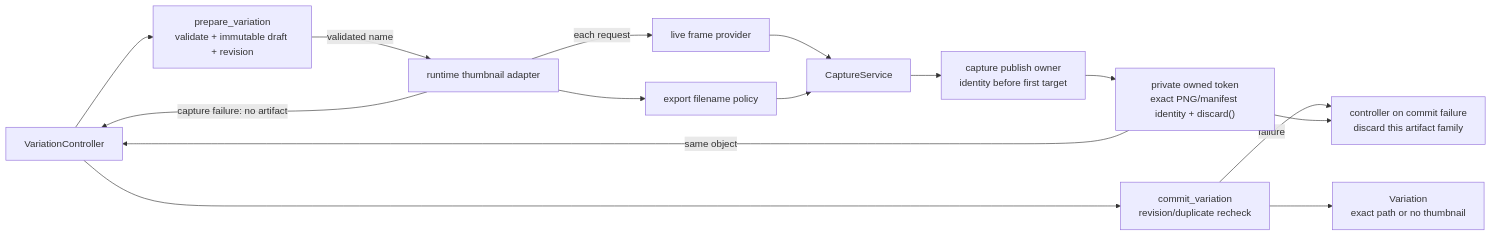
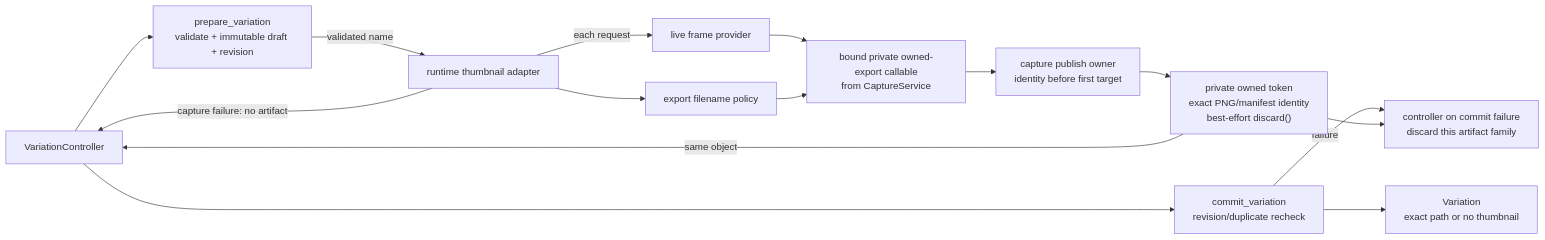
Diagram 19 of 25 in docs/architecture_visualization.md (tyhts0829/graft), drawn with Mermaid before and after one commit. The commit also changed other lines of this file and 22 other files, not shown here.

````diff
--- a/docs/architecture_visualization.md
+++ b/docs/architecture_visualization.md
@@ -561,26 +561,26 @@
 ```mermaid
 flowchart LR
     gui["VariationController"]
     prepare["prepare_variation<br/>validate + immutable draft + revision"]
     runtime["runtime thumbnail adapter"]
     provider["live frame provider"]
-    capture["CaptureService"]
+    ownedexport["bound private owned-export callable<br/>from CaptureService"]
     publish["capture publish owner<br/>identity before first target"]
     policy["export filename policy"]
-    artifact["private owned token<br/>exact PNG/manifest identity + discard()"]
+    artifact["private owned token<br/>exact PNG/manifest identity<br/>best-effort discard()"]
     commit["commit_variation<br/>revision/duplicate recheck"]
     variation["Variation<br/>exact path or no thumbnail"]
     rollback["controller on commit failure<br/>discard this artifact family"]
 
     gui --> prepare
     prepare -->|"validated name"| runtime
     runtime -->|"each request"| provider
-    provider --> capture
-    runtime --> policy --> capture
-    capture --> publish --> artifact
+    provider --> ownedexport
+    runtime --> policy --> ownedexport
+    ownedexport --> publish --> artifact
     artifact -->|"same object"| gui
     gui --> commit --> variation
     commit -->|"failure"| rollback
     artifact --> rollback
     runtime -->|"capture failure: no artifact"| gui
 ```
````
